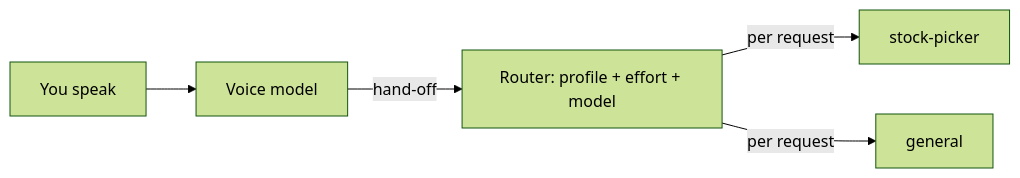
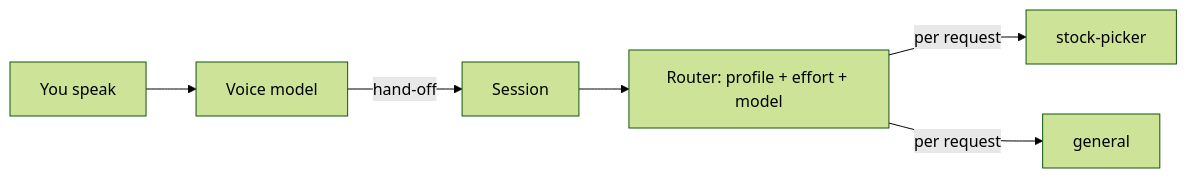
Before and after one commit to robsgreen/hermes-duplex: the first of 7 diagrams in specs/voice-router-discord/amendment-active-profile.md, drawn with Mermaid (forest theme). The commit also changed other lines of this file and 1 other file, not shown here.

Commit message:
sdlc: voice-router-discord: stop — amendment gate

````diff
--- a/specs/voice-router-discord/amendment-active-profile.md
+++ b/specs/voice-router-discord/amendment-active-profile.md
@@ -15,7 +17,8 @@
 ```mermaid
 flowchart LR
   U[You speak] --> V[Voice model]
-  V -->|hand-off| R[Router: profile + effort + model]
+  V -->|hand-off| S[Session]
+  S --> R[Router: profile + effort + model]
   R -->|per request| P1[stock-picker]
   R -->|per request| P2[general]
 ```
````
